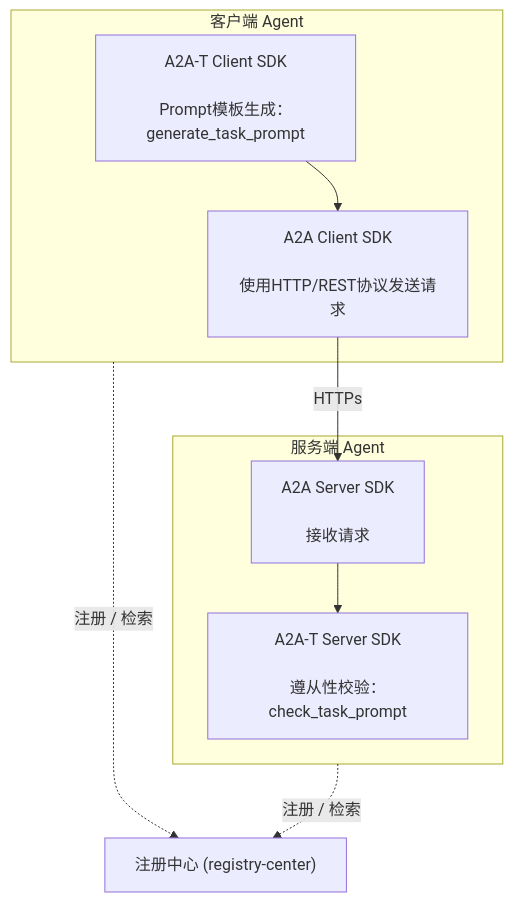
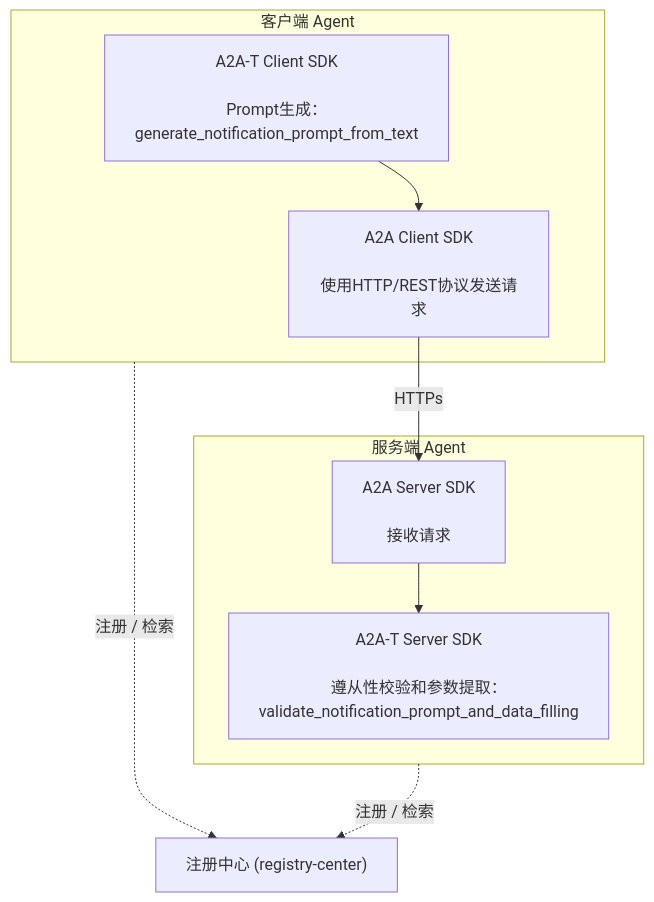
The third of 5 diagrams in docs/zh/开发指南.md (mamusen-huawei/a2a-t-sdk-python), drawn with Mermaid before and after one commit. The commit also changed other lines of this file and 41 other files, not shown here.

````diff
--- a/docs/zh/开发指南.md
+++ b/docs/zh/开发指南.md
@@ -109,20 +215,20 @@
 ```mermaid
 flowchart TD
     subgraph Client["客户端 Agent"]
-        A1["A2A-T Client SDK<br><br>Prompt模板生成：generate_task_prompt"]
+        A1["A2A-T Client SDK<br><br>Prompt生成：generate_notification_prompt_from_text"]
         A2["A2A Client SDK<br><br>使用HTTP/REST协议发送请求"]
         A1 --> A2
     end
 
     subgraph Server["服务端 Agent"]
-        B1["A2A-T Server SDK<br><br>遵从性校验：check_task_prompt"]
+        B1["A2A-T Server SDK<br><br>遵从性校验和参数提取：validate_notification_prompt_and_data_filling"]
         B2["A2A Server SDK<br><br>接收请求"]
         B2 --> B1
     end
 
     Registry["注册中心 (registry-center)"]
 
     A2 -- HTTPs --> B2
     Client -. 注册 / 检索 .-> Registry
     Server -. 注册 / 检索 .-> Registry
 ```
````
